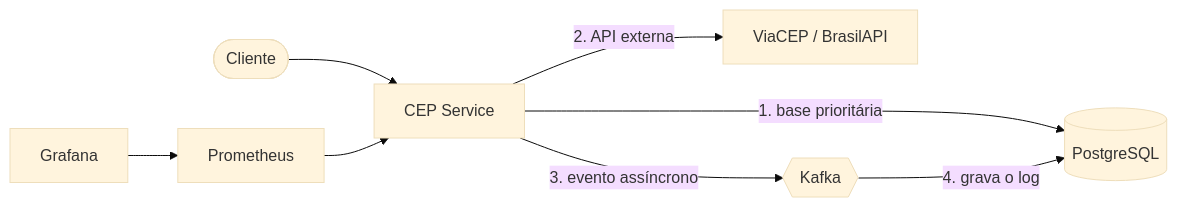
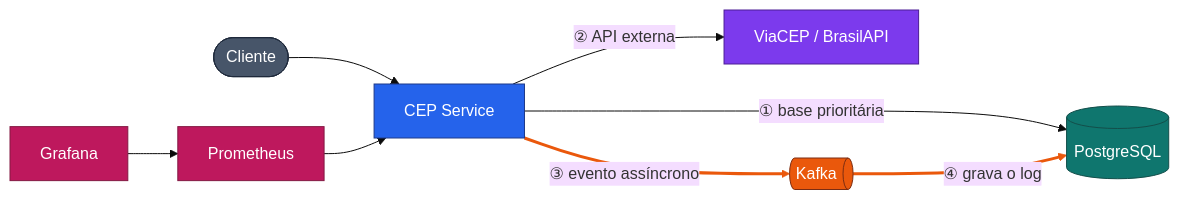
The diagram in README.md (thales-mro/cep-service), drawn with Mermaid (base theme) before and after one commit. The commit also changed 1 other file, not shown here.

Commit message:
Colore os diagramas e usa símbolo de fila para o Kafka
Os diagramas eram todos cinza. Agora cada papel tem uma cor (serviço, dados,
mensageria, APIs externas, monitoramento), legível nos temas claro e escuro do
GitHub, e os tópicos do Kafka aparecem como cilindro deitado (h-cyl), com o
caminho assíncrono destacado. Também corrige os rótulos "1. ...", que o Mermaid
lia como lista e mostrava "Unsupported markdown: list".

````diff
--- a/README.md
+++ b/README.md
@@ -14,10 +14,24 @@
 ```mermaid
 flowchart LR
     client([Cliente]) --> app[CEP Service]
-    app -- "1. base prioritária" --> pg[(PostgreSQL)]
-    app -- "2. API externa" --> viacep[ViaCEP / BrasilAPI]
-    app -- "3. evento assíncrono" --> kafka{{Kafka}}
-    kafka -- "4. grava o log" --> pg
+    app -- "① base prioritária" --> pg[(PostgreSQL)]
+    app -- "② API externa" --> viacep[ViaCEP / BrasilAPI]
+    app == "③ evento assíncrono" ==> kafka@{ shape: h-cyl, label: "Kafka" }
+    kafka == "④ grava o log" ==> pg
     prom[Prometheus] --> app
     graf[Grafana] --> prom
+
+    classDef client fill:#475569,stroke:#1e293b,color:#fff
+    classDef app fill:#2563eb,stroke:#1e3a8a,color:#fff
+    classDef data fill:#0f766e,stroke:#134e4a,color:#fff
+    classDef messaging fill:#ea580c,stroke:#7c2d12,color:#fff
+    classDef external fill:#7c3aed,stroke:#4c1d95,color:#fff
+    classDef observability fill:#be185d,stroke:#831843,color:#fff
+    class client client
+    class app app
+    class pg data
+    class kafka messaging
+    class viacep external
+    class prom,graf observability
+    linkStyle 3,4 stroke:#ea580c,stroke-width:3px
 ```
````
